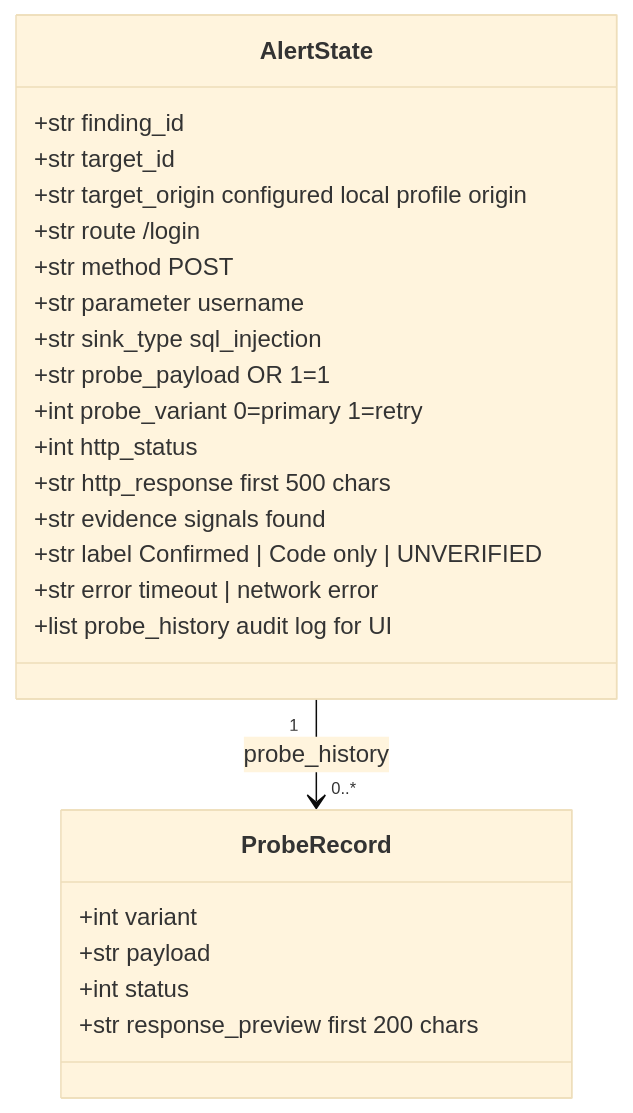
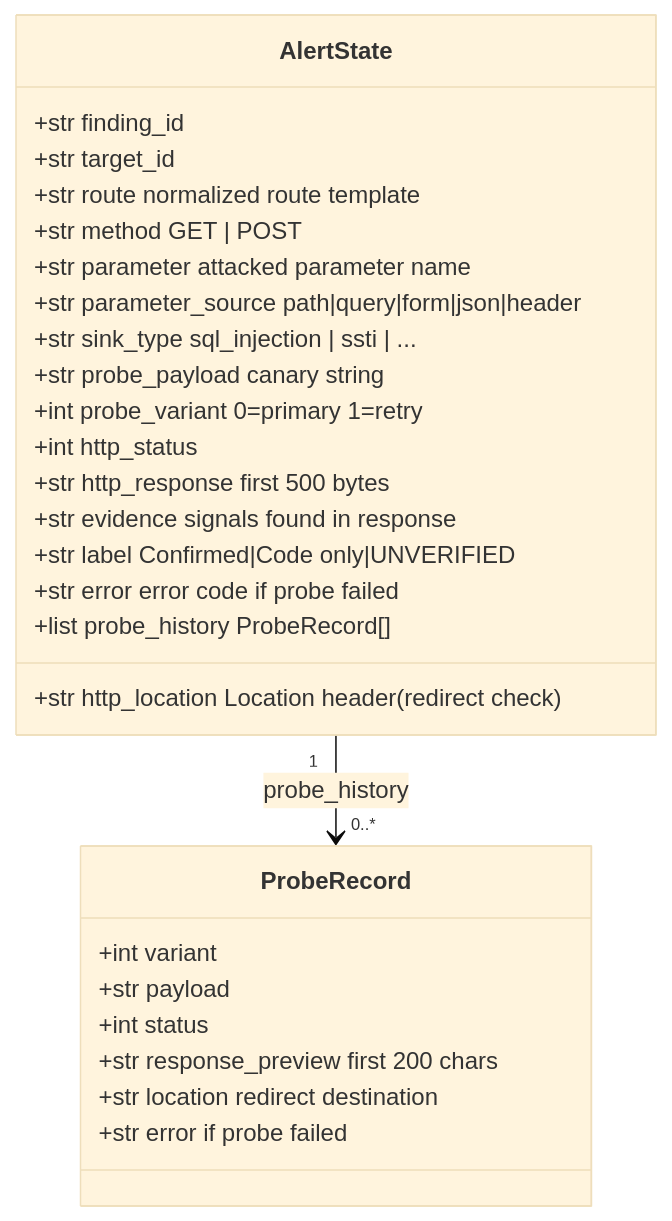
One commit to Halcyora/mitigata changed diagram 21 of 23 in HACKATHON/docs/P06-Architecture.md. Above: the diagram before and after it, drawn with Mermaid (base theme). The commit also changed other lines of this file and 1 other file, not shown here.

Commit message:
feat: Update architecture documentation with new scan manager and compliance mapping details

````diff
--- a/HACKATHON/docs/P06-Architecture.md
+++ b/HACKATHON/docs/P06-Architecture.md
@@ -671,29 +750,32 @@
 ```mermaid
 classDiagram
     class AlertState {
         +str finding_id
         +str target_id
-        +str target_origin  configured local profile origin
-        +str route  /login
-        +str method  POST
-        +str parameter  username
-        +str sink_type  sql_injection
-        +str probe_payload  OR 1=1
+        +str route  normalized route template
+        +str method  GET | POST
+        +str parameter  attacked parameter name
+        +str parameter_source  path|query|form|json|header
+        +str sink_type  sql_injection | ssti | ...
+        +str probe_payload  canary string
         +int probe_variant  0=primary 1=retry
         +int http_status
-        +str http_response  first 500 chars
-        +str evidence  signals found
-        +str label  Confirmed | Code only | UNVERIFIED
-        +str error  timeout | network error
-        +list probe_history  audit log for UI
+        +str http_response  first 500 bytes
+        +str http_location  Location header (redirect check)
+        +str evidence  signals found in response
+        +str label  Confirmed|Code only|UNVERIFIED
+        +str error  error code if probe failed
+        +list probe_history  ProbeRecord[]
     }
 
     class ProbeRecord {
         +int variant
         +str payload
         +int status
         +str response_preview  first 200 chars
+        +str location  redirect destination
+        +str error  if probe failed
     }
 
     AlertState "1" --> "0..*" ProbeRecord : probe_history
 ```
````
